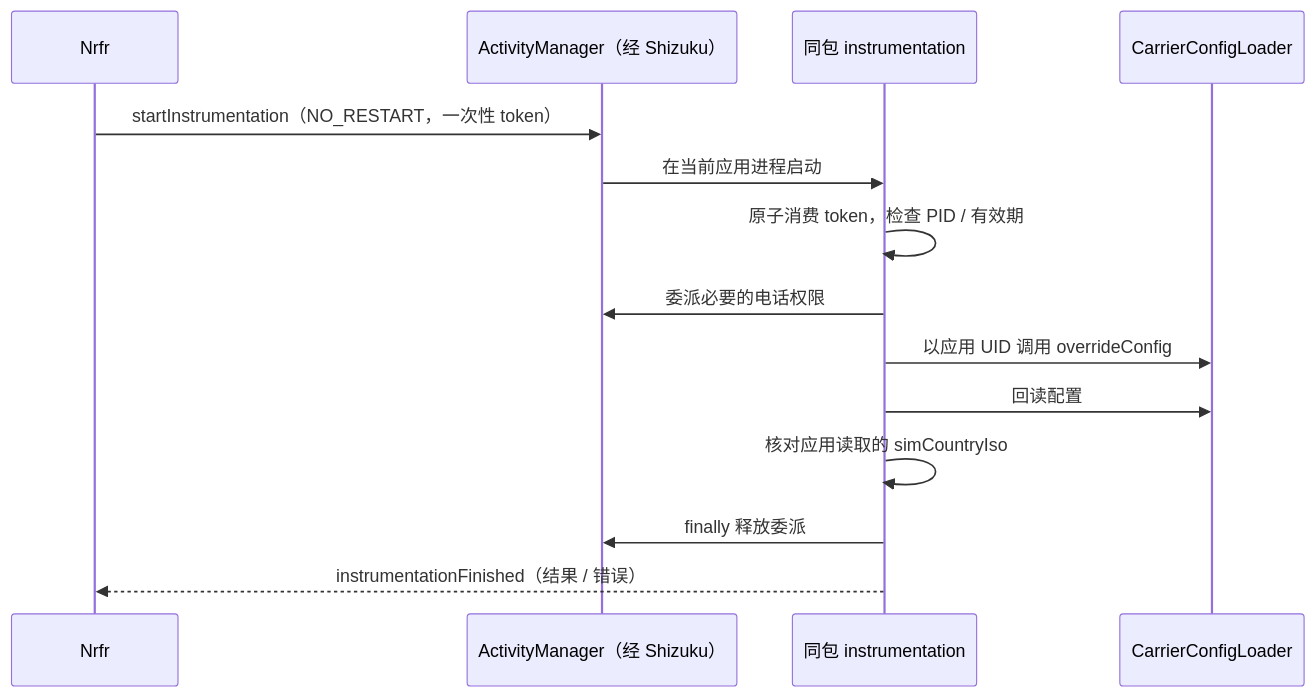
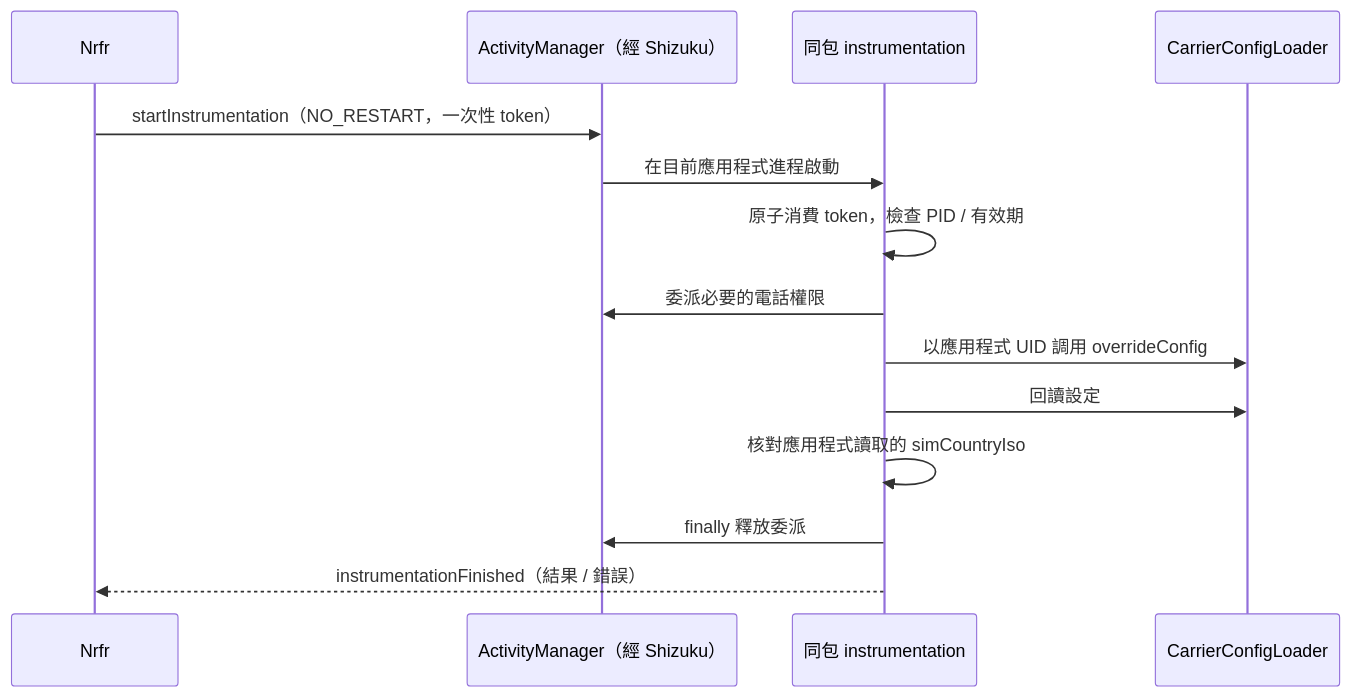
Before and after one commit to alzpqm/Nrfr: the diagram in docs/android-17-compatibility.md, drawn with Mermaid. The commit also changed other lines of this file and 38 other files, not shown here.

````diff
--- a/docs/android-17-compatibility.md
+++ b/docs/android-17-compatibility.md
@@ -17,16 +17,16 @@
 ```mermaid
 sequenceDiagram
     participant UI as Nrfr
-    participant AM as ActivityManager（经 Shizuku）
+    participant AM as ActivityManager（經 Shizuku）
     participant I as 同包 instrumentation
     participant C as CarrierConfigLoader
     UI->>AM: startInstrumentation（NO_RESTART，一次性 token）
-    AM->>I: 在当前应用进程启动
-    I->>I: 原子消费 token，检查 PID / 有效期
-    I->>AM: 委派必要的电话权限
-    I->>C: 以应用 UID 调用 overrideConfig
-    I->>C: 回读配置
-    I->>I: 核对应用读取的 simCountryIso
-    I->>AM: finally 释放委派
-    I-->>UI: instrumentationFinished（结果 / 错误）
+    AM->>I: 在目前應用程式進程啟動
+    I->>I: 原子消費 token，檢查 PID / 有效期
+    I->>AM: 委派必要的電話權限
+    I->>C: 以應用程式 UID 調用 overrideConfig
+    I->>C: 回讀設定
+    I->>I: 核對應用程式讀取的 simCountryIso
+    I->>AM: finally 釋放委派
+    I-->>UI: instrumentationFinished（結果 / 錯誤）
 ```
````
